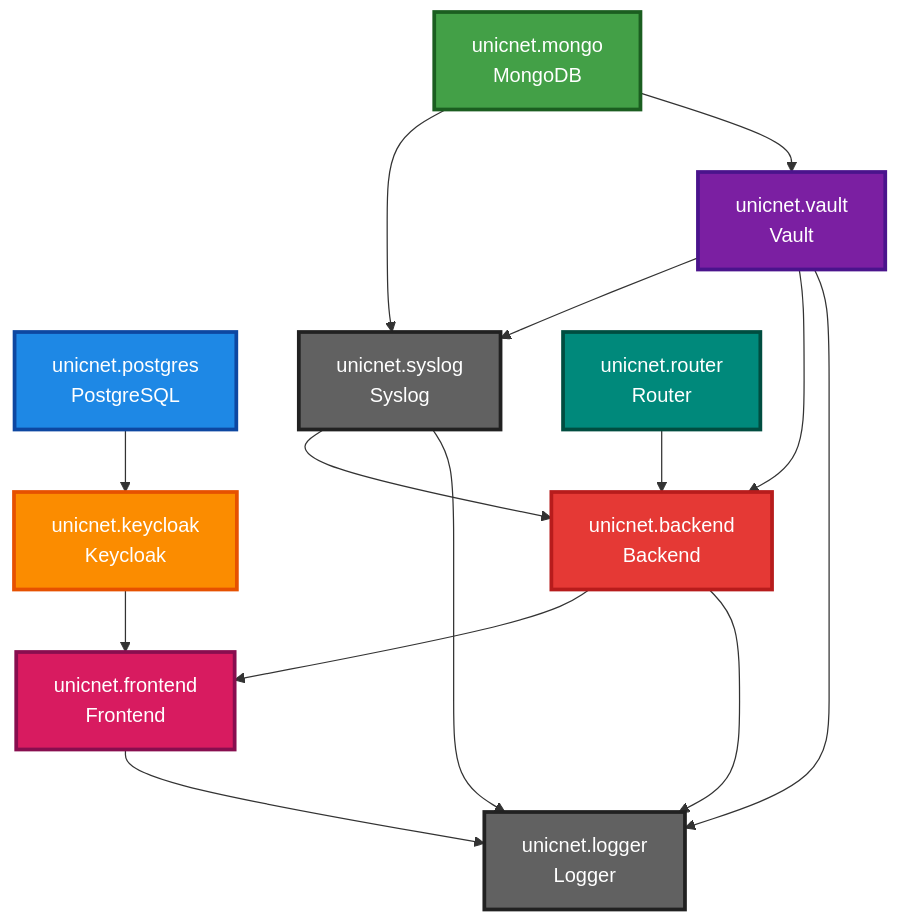
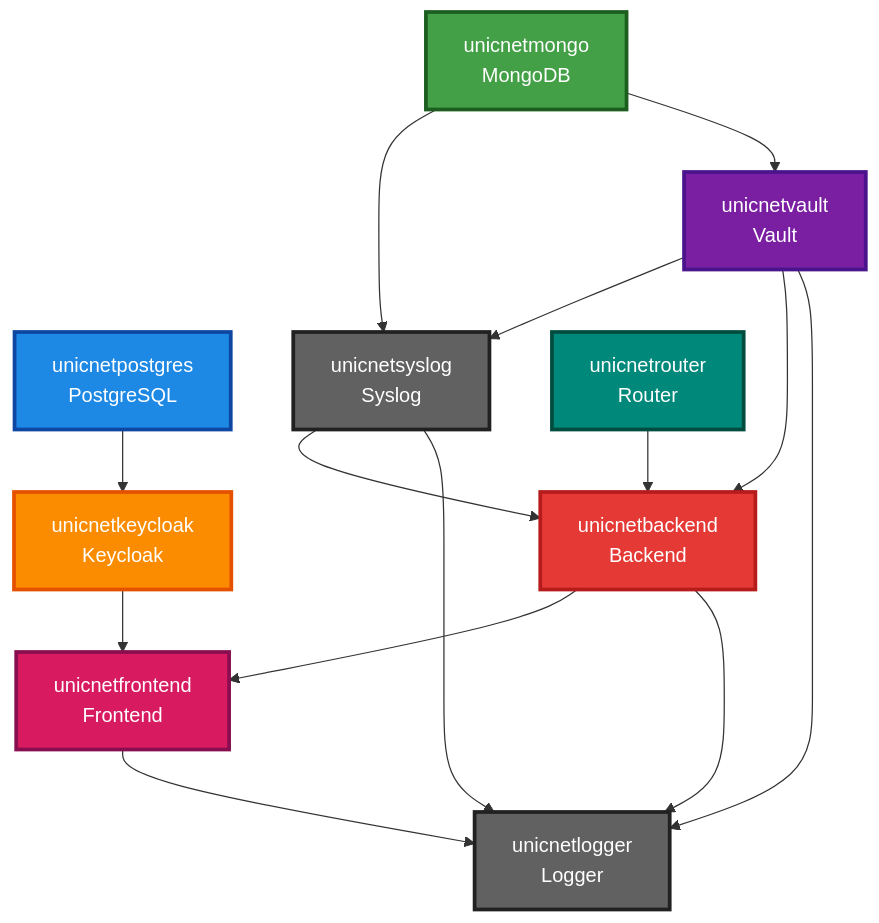
The diagram in install_all_in_one_instructions.md (rightsoftware-ru/unicnet.enterprise), drawn with Mermaid before and after one commit. The commit also changed other lines of this file and 4 other files, not shown here.

Commit message:
Router: RouterCidr, env и ожидание Keycloak

````diff
--- a/install_all_in_one_instructions.md
+++ b/install_all_in_one_instructions.md
@@ -82,39 +82,39 @@
 ```mermaid
 graph TD
-    PG[unicnet.postgres<br/>PostgreSQL]
-    MG[unicnet.mongo<br/>MongoDB]
+    PG[unicnetpostgres<br/>PostgreSQL]
+    MG[unicnetmongo<br/>MongoDB]
     
-    KC[unicnet.keycloak<br/>Keycloak]
-    LG[unicnet.logger<br/>Logger]
-    SL[unicnet.syslog<br/>Syslog]
+    KC[unicnetkeycloak<br/>Keycloak]
+    LG[unicnetlogger<br/>Logger]
+    SL[unicnetsyslog<br/>Syslog]
     
-    VT[unicnet.vault<br/>Vault]
-    RT[unicnet.router<br/>Router]
+    VT[unicnetvault<br/>Vault]
+    RT[unicnetrouter<br/>Router]
     
-    BE[unicnet.backend<br/>Backend]
-    FE[unicnet.frontend<br/>Frontend]
+    BE[unicnetbackend<br/>Backend]
+    FE[unicnetfrontend<br/>Frontend]
     
     PG --> KC
     MG --> SL
     MG --> VT
     VT --> SL
     VT --> BE
     RT --> BE
     SL --> BE
     BE --> FE
     KC --> FE
     VT --> LG
     SL --> LG
     BE --> LG
     FE --> LG
     
     style PG fill:#1e88e5,stroke:#0d47a1,stroke-width:3px,color:#ffffff
     style MG fill:#43a047,stroke:#1b5e20,stroke-width:3px,color:#ffffff
     style KC fill:#fb8c00,stroke:#e65100,stroke-width:3px,color:#ffffff
     style LG fill:#616161,stroke:#212121,stroke-width:3px,color:#ffffff
     style SL fill:#616161,stroke:#212121,stroke-width:3px,color:#ffffff
     style VT fill:#7b1fa2,stroke:#4a148c,stroke-width:3px,color:#ffffff
     style RT fill:#00897b,stroke:#004d40,stroke-width:3px,color:#ffffff
     style BE fill:#e53935,stroke:#b71c1c,stroke-width:3px,color:#ffffff
     style FE fill:#d81b60,stroke:#880e4f,stroke-width:3px,color:#ffffff
 ```
````
